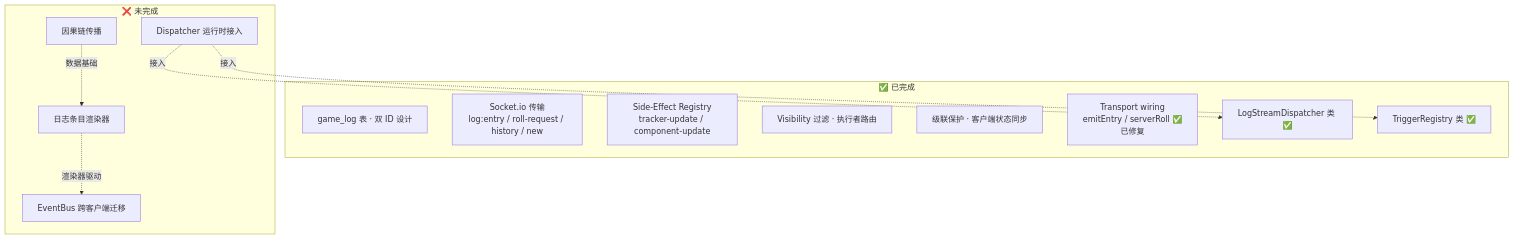
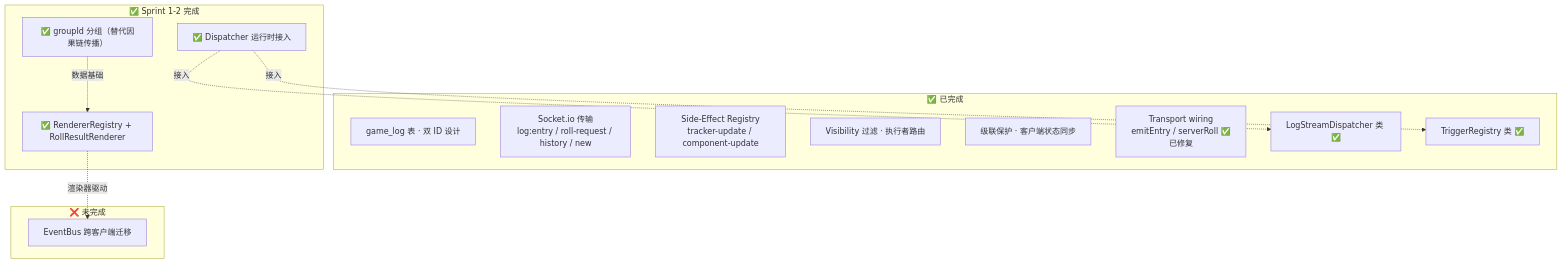
The third of 18 diagrams in docs/design/17-插件系统演进路线.md (RidRisR/myVTT), drawn with Mermaid before and after one commit. The commit also changed other lines of this file and 61 other files, not shown here.

First line of the commit message:
feat: Sprint 2 — RNG purification, groupId, judgment entry, RendererRegistry (#174)

````diff
--- a/docs/design/17-插件系统演进路线.md
+++ b/docs/design/17-插件系统演进路线.md
@@ -95,25 +95,28 @@
 ```mermaid
 graph TB
     subgraph Done["✅ 已完成"]
         GL["game_log 表 · 双 ID 设计"]
         SI["Socket.io 传输<br/>log:entry / roll-request / history / new"]
         SE["Side-Effect Registry<br/>tracker-update / component-update"]
         VF["Visibility 过滤 · 执行者路由"]
         CP["级联保护 · 客户端状态同步"]
         TW["Transport wiring<br/>emitEntry / serverRoll ✅已修复"]
         DC["LogStreamDispatcher 类 ✅"]
         TR["TriggerRegistry 类 ✅"]
     end
 
+    subgraph Done2["✅ Sprint 1-2 完成"]
+        DR["✅ Dispatcher 运行时接入"]
+        CC["✅ groupId 分组（替代因果链传播）"]
+        LR["✅ RendererRegistry + RollResultRenderer"]
+    end
+
     subgraph Missing["❌ 未完成"]
-        DR["Dispatcher 运行时接入"]
-        CC["因果链传播"]
-        LR["日志条目渲染器"]
         EM["EventBus 跨客户端迁移"]
     end
 
     DR -.->|"接入"| DC
     DR -.->|"接入"| TR
     CC -.->|"数据基础"| LR
     LR -.->|"渲染器驱动"| EM
 ```
````
